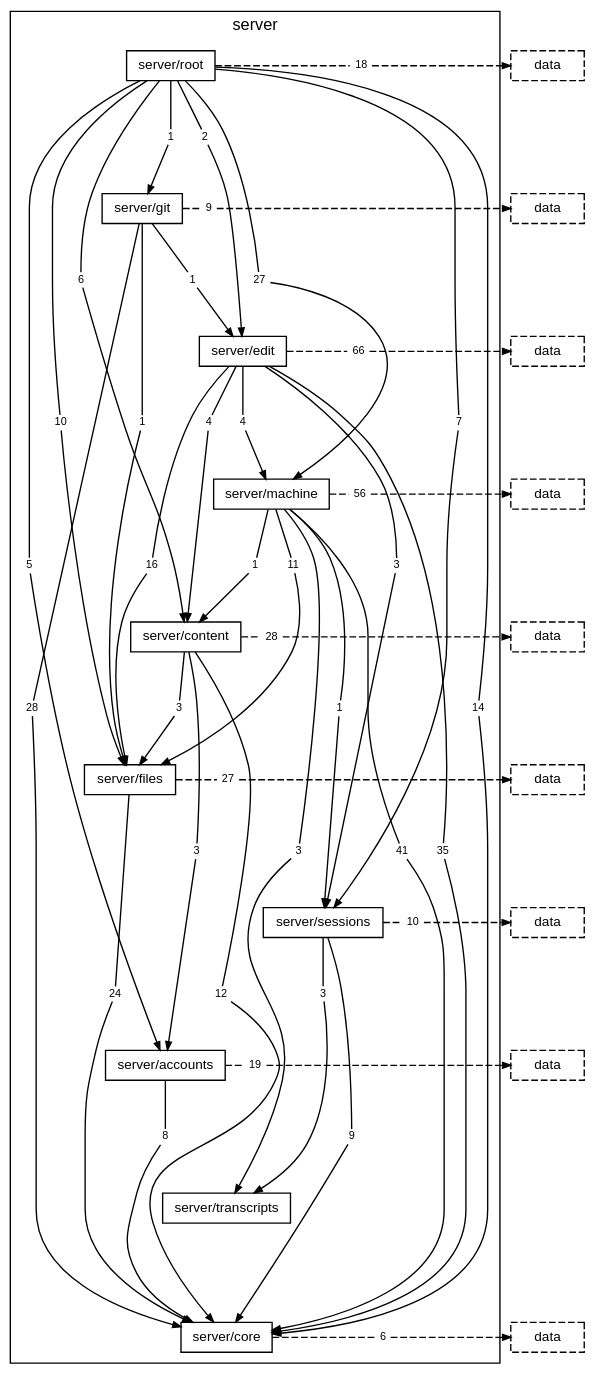
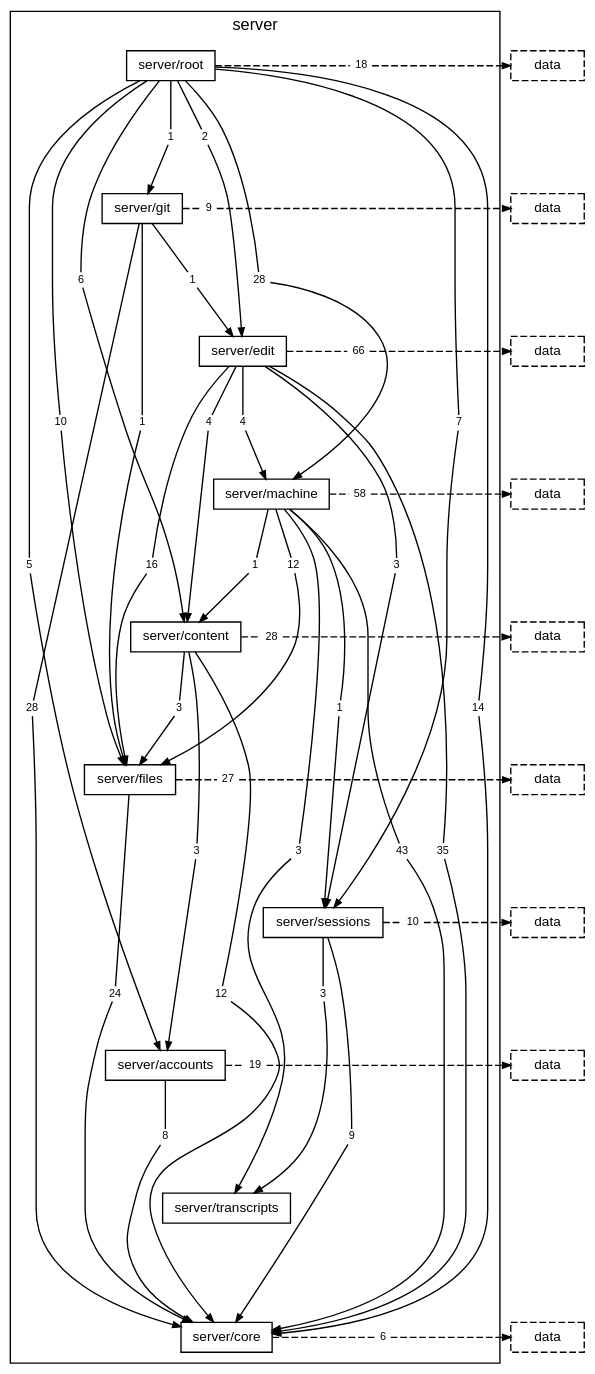
One commit to TheAxeC/oculus changed the diagram in docs/diagrams/layer-server.dot. Above: the diagram before and after it, drawn with Graphviz. The commit also changed 69 other files, not shown here.

```diff
--- a/docs/diagrams/layer-server.dot
+++ b/docs/diagrams/layer-server.dot
@@ -20,7 +20,7 @@
         "folder server/root to folder server/edit" [label="2", shape=box, color="transparent", fontsize=8, width=0, height=0, margin="0.04,0.02"];
         "folder server/root to folder server/files" [label="10", shape=box, color="transparent", fontsize=8, width=0, height=0, margin="0.04,0.02"];
         "folder server/root to folder server/git" [label="1", shape=box, color="transparent", fontsize=8, width=0, height=0, margin="0.04,0.02"];
-        "folder server/root to folder server/machine" [label="27", shape=box, color="transparent", fontsize=8, width=0, height=0, margin="0.04,0.02"];
+        "folder server/root to folder server/machine" [label="28", shape=box, color="transparent", fontsize=8, width=0, height=0, margin="0.04,0.02"];
         "folder server/root to folder server/sessions" [label="7", shape=box, color="transparent", fontsize=8, width=0, height=0, margin="0.04,0.02"];
         "folder server/root to layer data" [label="18", shape=box, color="transparent", fontsize=8, width=0, height=0, margin="0.04,0.02"];
         "folder server/git to folder server/core" [label="28", shape=box, color="transparent", fontsize=8, width=0, height=0, margin="0.04,0.02"];
@@ -34,11 +34,11 @@
         "folder server/edit to folder server/sessions" [label="3", shape=box, color="transparent", fontsize=8, width=0, height=0, margin="0.04,0.02"];
         "folder server/edit to layer data" [label="66", shape=box, color="transparent", fontsize=8, width=0, height=0, margin="0.04,0.02"];
         "folder server/machine to folder server/content" [label="1", shape=box, color="transparent", fontsize=8, width=0, height=0, margin="0.04,0.02"];
-        "folder server/machine to folder server/core" [label="41", shape=box, color="transparent", fontsize=8, width=0, height=0, margin="0.04,0.02"];
-        "folder server/machine to folder server/files" [label="11", shape=box, color="transparent", fontsize=8, width=0, height=0, margin="0.04,0.02"];
+        "folder server/machine to folder server/core" [label="43", shape=box, color="transparent", fontsize=8, width=0, height=0, margin="0.04,0.02"];
+        "folder server/machine to folder server/files" [label="12", shape=box, color="transparent", fontsize=8, width=0, height=0, margin="0.04,0.02"];
         "folder server/machine to folder server/sessions" [label="1", shape=box, color="transparent", fontsize=8, width=0, height=0, margin="0.04,0.02"];
         "folder server/machine to folder server/transcripts" [label="3", shape=box, color="transparent", fontsize=8, width=0, height=0, margin="0.04,0.02"];
-        "folder server/machine to layer data" [label="56", shape=box, color="transparent", fontsize=8, width=0, height=0, margin="0.04,0.02"];
+        "folder server/machine to layer data" [label="58", shape=box, color="transparent", fontsize=8, width=0, height=0, margin="0.04,0.02"];
         "folder server/content to folder server/accounts" [label="3", shape=box, color="transparent", fontsize=8, width=0, height=0, margin="0.04,0.02"];
         "folder server/content to folder server/core" [label="12", shape=box, color="transparent", fontsize=8, width=0, height=0, margin="0.04,0.02"];
         "folder server/content to folder server/files" [label="3", shape=box, color="transparent", fontsize=8, width=0, height=0, margin="0.04,0.02"];
```
